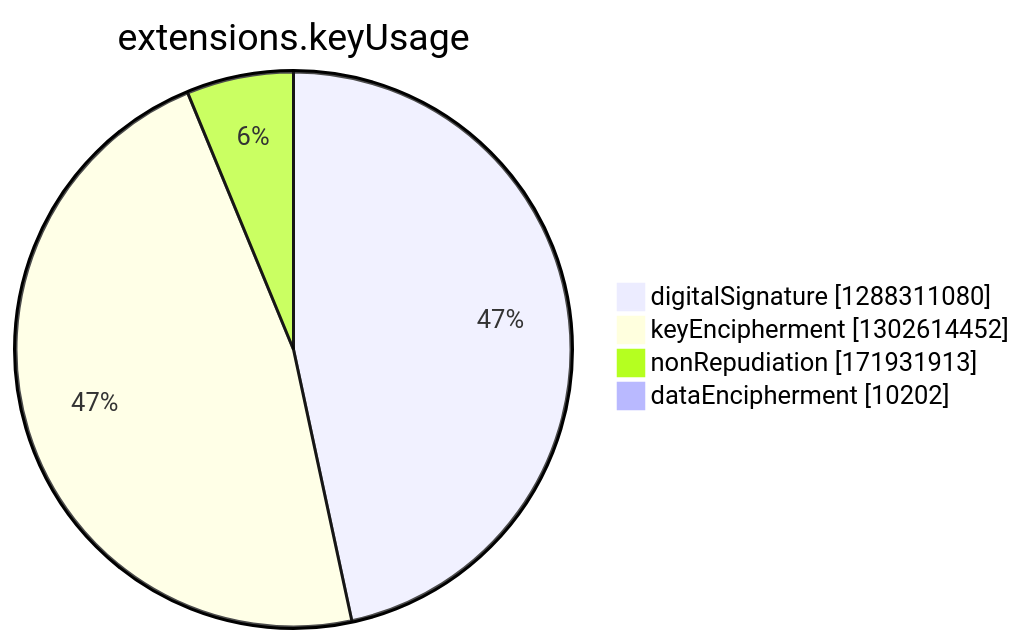
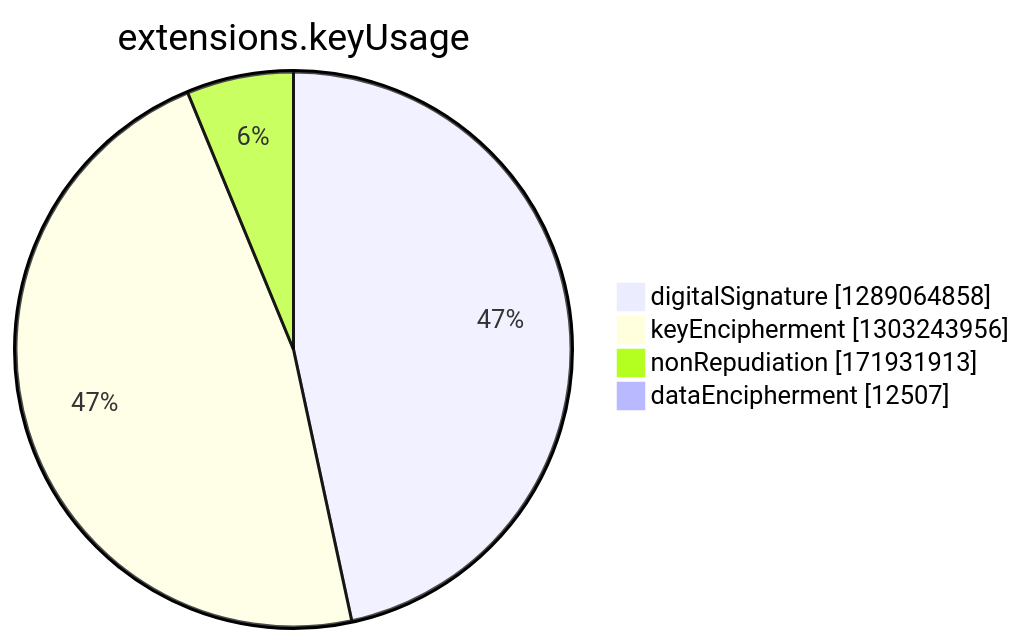
The seventh of 15 diagrams in argon2022/README.md (christiankrug/ctmonitor_visualization), drawn with Mermaid before and after one commit. The commit also changed other lines of this file, not shown here.

````diff
--- a/argon2022/README.md
+++ b/argon2022/README.md
@@ -2748,8 +2748,8 @@
 ```mermaid
 pie showData
 title extensions.keyUsage
-"digitalSignature" :1288311080
-"keyEncipherment" :1302614452
+"digitalSignature" :1289064858
+"keyEncipherment" :1303243956
 "nonRepudiation" :171931913
-"dataEncipherment" :10202
+"dataEncipherment" :12507
 ```
````
